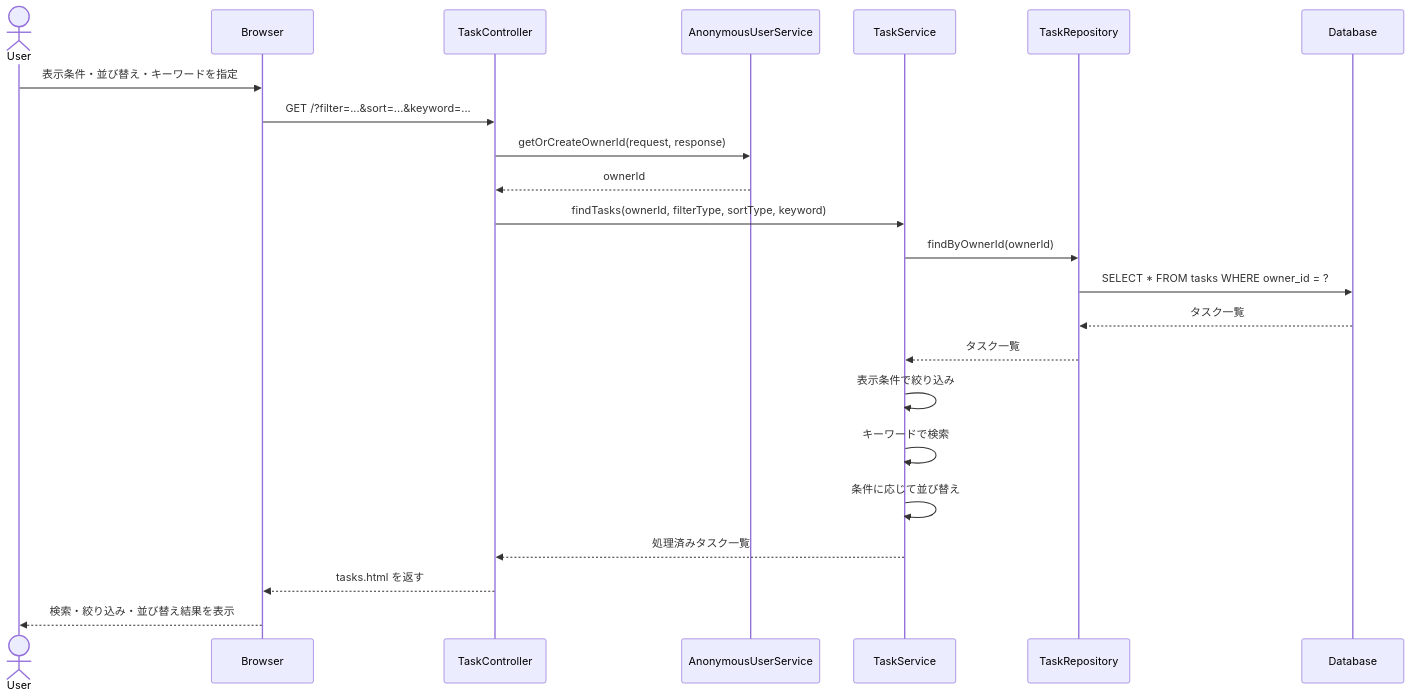
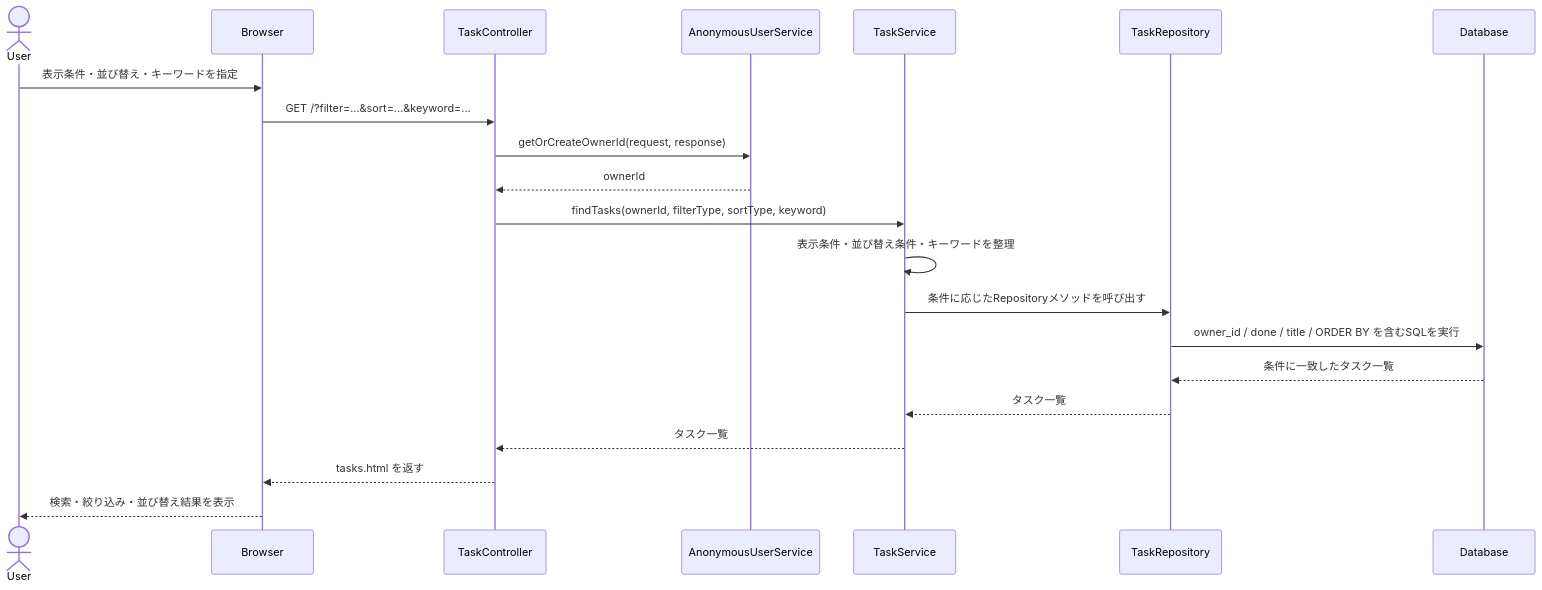
One commit to mkunori/TaskList changed the fourth of 4 diagrams in README.md. Above: the diagram before and after it, drawn with Mermaid. The commit also changed other lines of this file, not shown here.

````diff
--- a/README.md
+++ b/README.md
@@ -247,26 +268,24 @@
 ```mermaid
 sequenceDiagram
     actor User
     participant Browser
     participant TaskController
     participant AnonymousUserService
     participant TaskService
     participant TaskRepository
     participant Database
 
     User->>Browser: 表示条件・並び替え・キーワードを指定
     Browser->>TaskController: GET /?filter=...&sort=...&keyword=...
     TaskController->>AnonymousUserService: getOrCreateOwnerId(request, response)
     AnonymousUserService-->>TaskController: ownerId
     TaskController->>TaskService: findTasks(ownerId, filterType, sortType, keyword)
-    TaskService->>TaskRepository: findByOwnerId(ownerId)
-    TaskRepository->>Database: SELECT * FROM tasks WHERE owner_id = ?
-    Database-->>TaskRepository: タスク一覧
+    TaskService->>TaskService: 表示条件・並び替え条件・キーワードを整理
+    TaskService->>TaskRepository: 条件に応じたRepositoryメソッドを呼び出す
+    TaskRepository->>Database: owner_id / done / title / ORDER BY を含むSQLを実行
+    Database-->>TaskRepository: 条件に一致したタスク一覧
     TaskRepository-->>TaskService: タスク一覧
-    TaskService->>TaskService: 表示条件で絞り込み
-    TaskService->>TaskService: キーワードで検索
-    TaskService->>TaskService: 条件に応じて並び替え
-    TaskService-->>TaskController: 処理済みタスク一覧
+    TaskService-->>TaskController: タスク一覧
     TaskController-->>Browser: tasks.html を返す
     Browser-->>User: 検索・絞り込み・並び替え結果を表示
 ```
````
